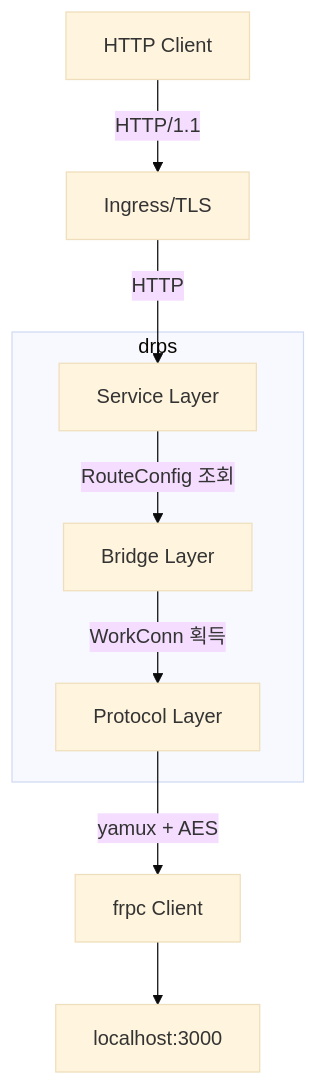
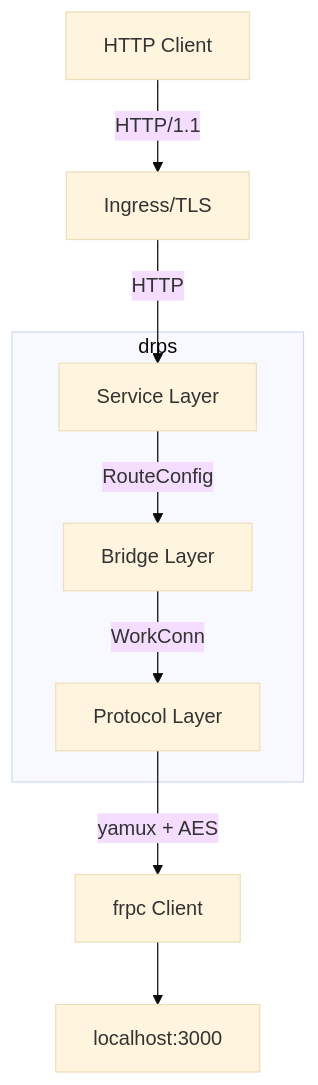
The first of 4 diagrams in docs/architecture/overview.md (cagojeiger/drp), drawn with Mermaid (base theme) before and after one commit. The commit also changed other lines of this file and 2 other files, not shown here.

First line of the commit message:
fix(docs): fix Mermaid syntax for VS Code compatibility

````diff
--- a/docs/architecture/overview.md
+++ b/docs/architecture/overview.md
@@ -12,22 +12,22 @@
 ```mermaid
 graph TB
     Client[HTTP Client]
     Ingress[Ingress/TLS]
     frpc[frpc Client]
     Local[localhost:3000]
 
     Client -->|HTTP/1.1| Ingress
     Ingress -->|HTTP| SL
 
     subgraph drps
         SL[Service Layer]
         BL[Bridge Layer]
         PL[Protocol Layer]
 
-        SL -->|RouteConfig 조회| BL
-        BL -->|WorkConn 획득| PL
+        SL -->|RouteConfig| BL
+        BL -->|WorkConn| PL
     end
 
     PL -->|yamux + AES| frpc
     frpc --> Local
 ```
````
